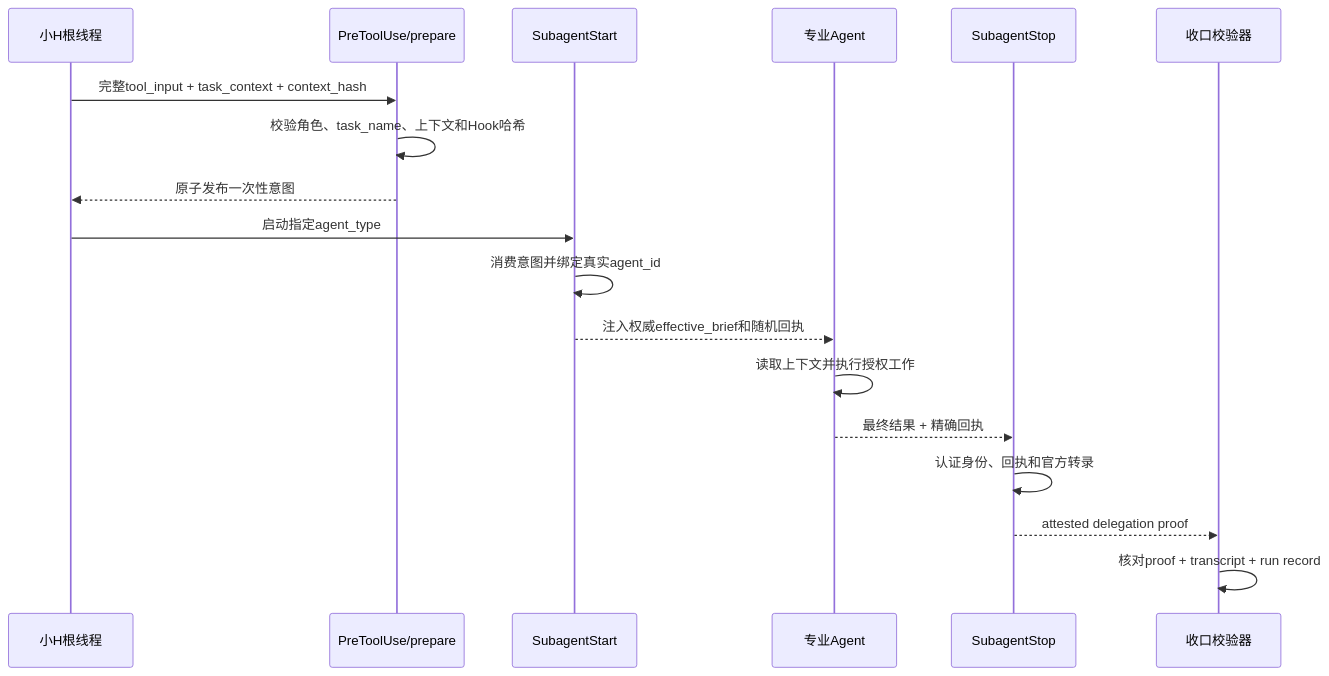
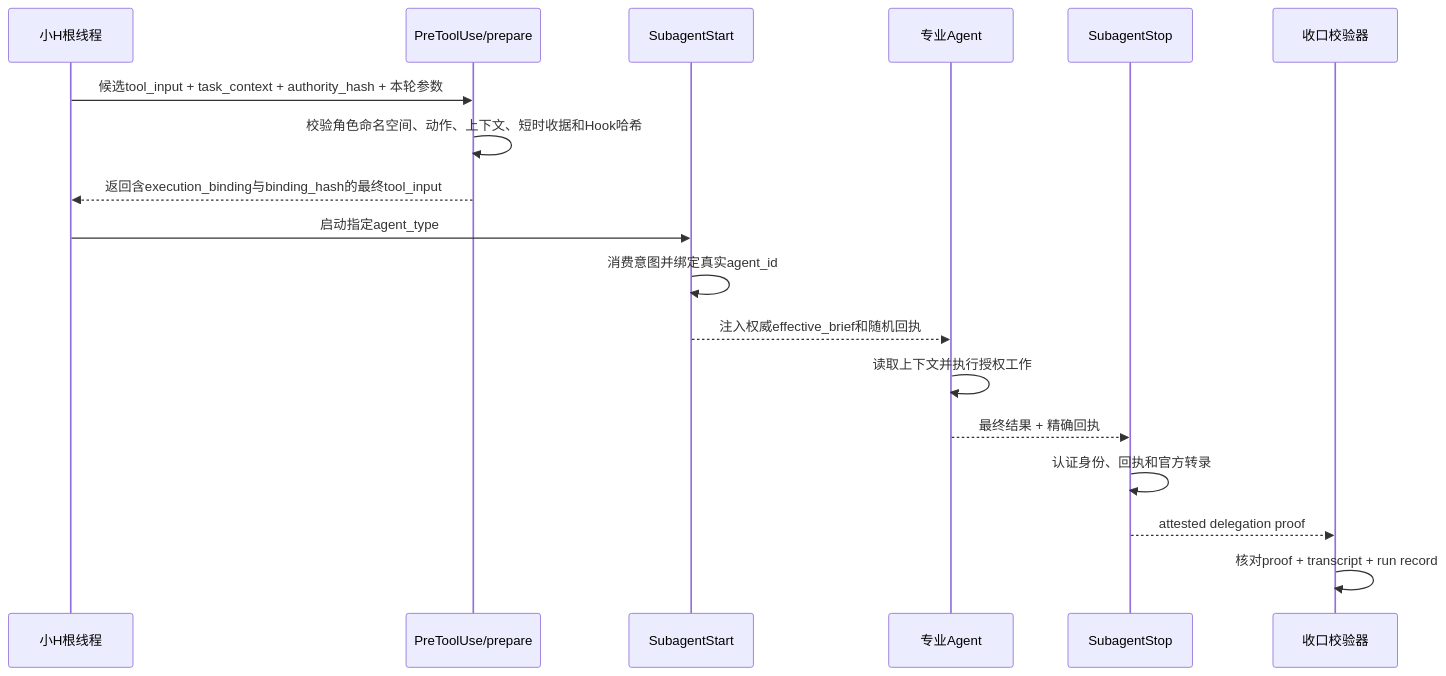
One commit to winnnnnnk/littleH changed the third of 4 diagrams in docs/implementation-design.md. Above: the diagram before and after it, drawn with Mermaid. The commit also changed other lines of this file and 24 other files, not shown here.

````diff
--- a/docs/implementation-design.md
+++ b/docs/implementation-design.md
@@ -334,21 +346,21 @@
 ```mermaid
 sequenceDiagram
     participant R as 小H根线程
     participant P as PreToolUse/prepare
     participant S as SubagentStart
     participant A as 专业Agent
     participant X as SubagentStop
     participant V as 收口校验器
 
-    R->>P: 完整tool_input + task_context + context_hash
-    P->>P: 校验角色、task_name、上下文和Hook哈希
-    P-->>R: 原子发布一次性意图
+    R->>P: 候选tool_input + task_context + authority_hash + 本轮参数
+    P->>P: 校验角色命名空间、动作、上下文、短时收据和Hook哈希
+    P-->>R: 返回含execution_binding与binding_hash的最终tool_input
     R->>S: 启动指定agent_type
     S->>S: 消费意图并绑定真实agent_id
     S-->>A: 注入权威effective_brief和随机回执
     A->>A: 读取上下文并执行授权工作
     A-->>X: 最终结果 + 精确回执
     X->>X: 认证身份、回执和官方转录
     X-->>V: attested delegation proof
     V->>V: 核对proof + transcript + run record
 ```
````
